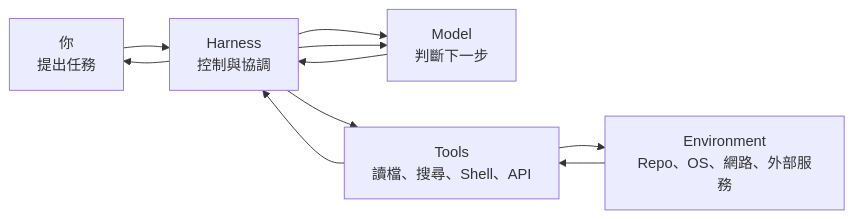
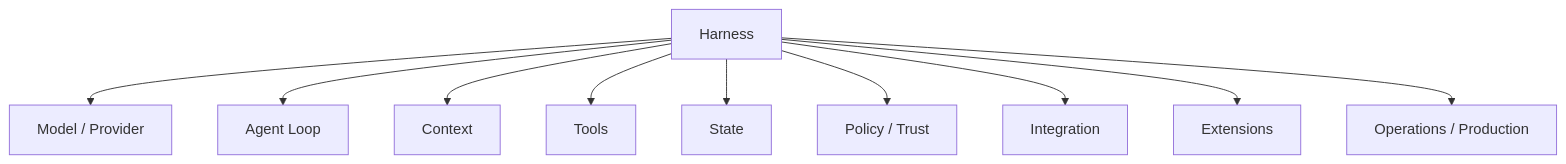
One commit to indigofeather/harness-book changed the diagram in docs/learning-map.md. Above: the diagram before and after it, drawn with Mermaid. The commit also changed other lines of this file and 48 other files, not shown here.

````diff
--- a/docs/learning-map.md
+++ b/docs/learning-map.md
@@ -31,12 +31,13 @@
 ```mermaid
-flowchart LR
-  U[你\n提出任務] --> H[Harness\n控制與協調]
-  H --> M[Model\n判斷下一步]
-  M --> H
-  H --> T[Tools\n讀檔、搜尋、Shell、API]
-  T --> E[Environment\nRepo、OS、網路、外部服務]
-  E --> T
-  T --> H
-  H --> M
-  H --> U
+flowchart TB
+  H[Harness]
+  H --> M[Model / Provider]
+  H --> L[Agent Loop]
+  H --> C[Context]
+  H --> T[Tools]
+  H --> S[State]
+  H --> P[Policy / Trust]
+  H --> I[Integration]
+  H --> E[Extensions]
+  H --> O[Operations / Production]
 ```
````
